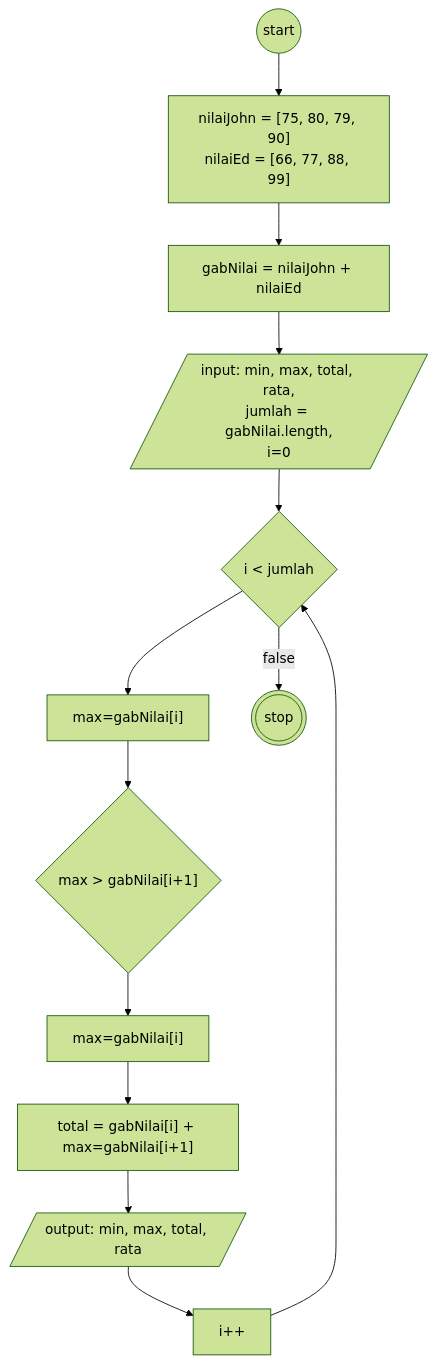
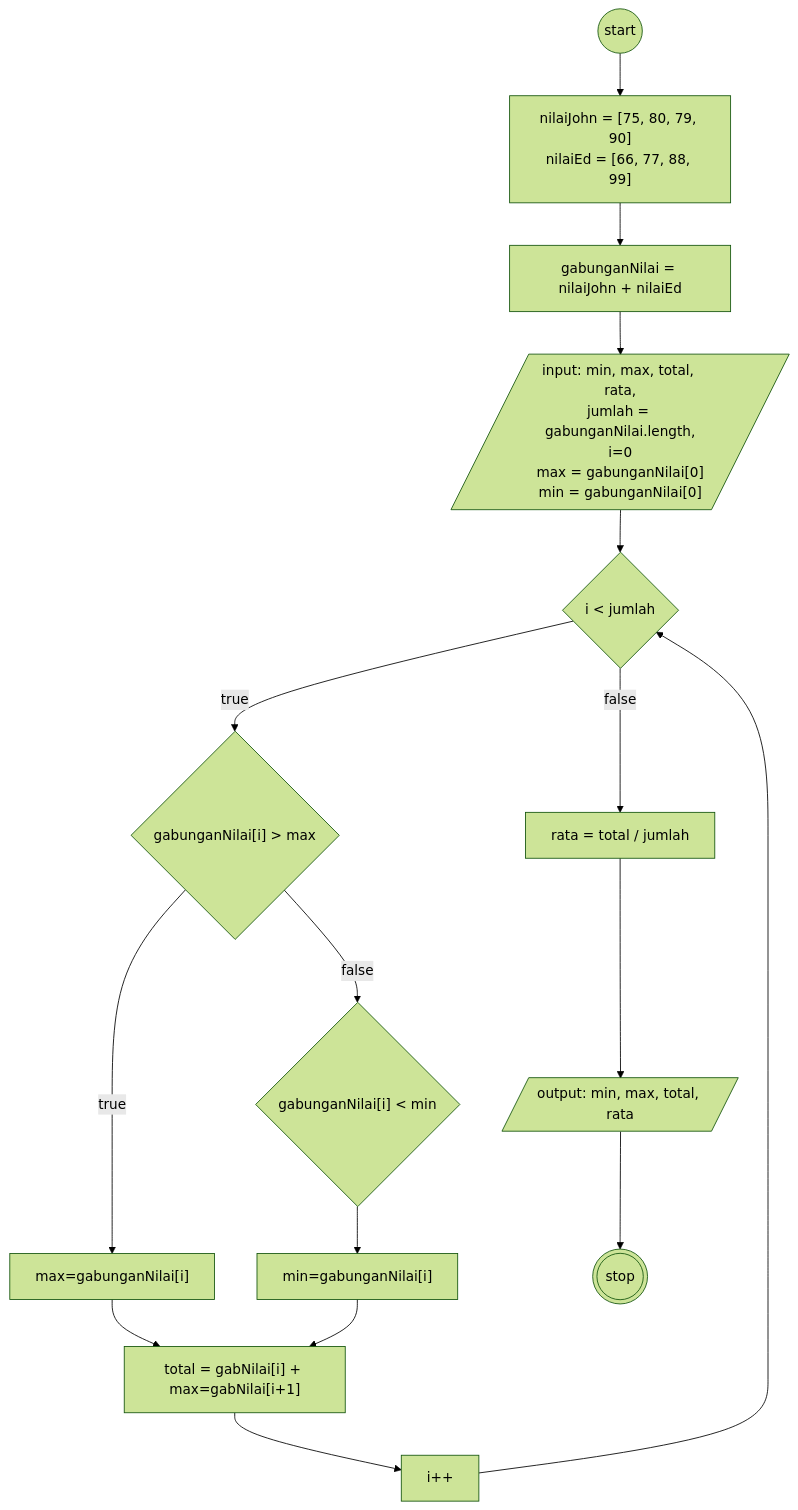
Before and after one commit to mslthn/koda-b6-javascript2: the diagram in flowchart.md, drawn with Mermaid (forest theme). The commit also changed 1 other file, not shown here.

````diff
--- a/flowchart.md
+++ b/flowchart.md
@@ -1,25 +1,31 @@
 ```mermaid
 flowchart TD
 start@{shape: circ}
 array@{label: "nilaiJohn = [75, 80, 79, 90]
 nilaiEd = [66, 77, 88, 99]"}
-gabung@{label: "gabNilai = nilaiJohn + nilaiEd"}
+gabung@{label: "gabunganNilai = nilaiJohn + nilaiEd"}
 init@{shape: lean-r, label: "input: min, max, total, rata,
-jumlah = gabNilai.length,
-i=0"}
+jumlah = gabunganNilai.length,
+i=0
+max = gabunganNilai[0]
+min = gabunganNilai[0]"}
 
 fori@{shape: diamond, label: "i < jumlah"}
 i++
-max@{label: "max=gabNilai[i]"}
-ifmax@{shape: diamond, label: "max > gabNilai[i+1]"}
-truemax@{label: "max=gabNilai[i]"}
+ifmax@{shape: diamond, label: "gabunganNilai[i] > max"}
+truemax@{label: "max=gabunganNilai[i]"}
+
+ifmin@{shape: diamond, label: "gabunganNilai[i] < min"}
+truemin@{label: "min=gabunganNilai[i]"}
+
 total@{label: "total = gabNilai[i] + max=gabNilai[i+1]"}
 
 output@{shape: lean-r, label: "output: min, max, total, rata"}
 stop@{shape: dbl-circ}
+rata@{label: "rata = total / jumlah"}
 
 start-->array-->gabung-->init-->fori
-fori-->max-->ifmax-->truemax-->total-->output-->i++-->fori
-fori-->|false| stop
-
+fori-->|true| ifmax-->|true| truemax-->total
+ifmax-->|false| ifmin-->truemin-->total-->i++-->fori
+fori-->|false| rata-->output-->stop
 ```
````
